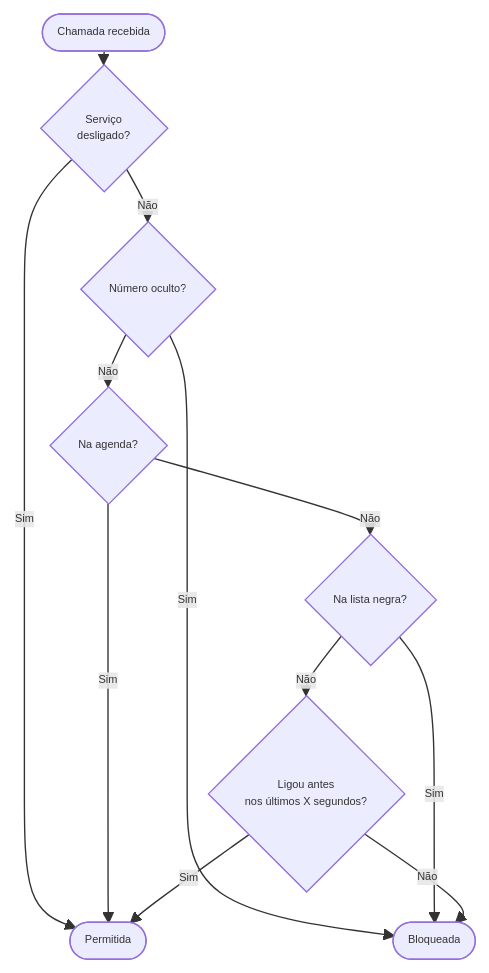
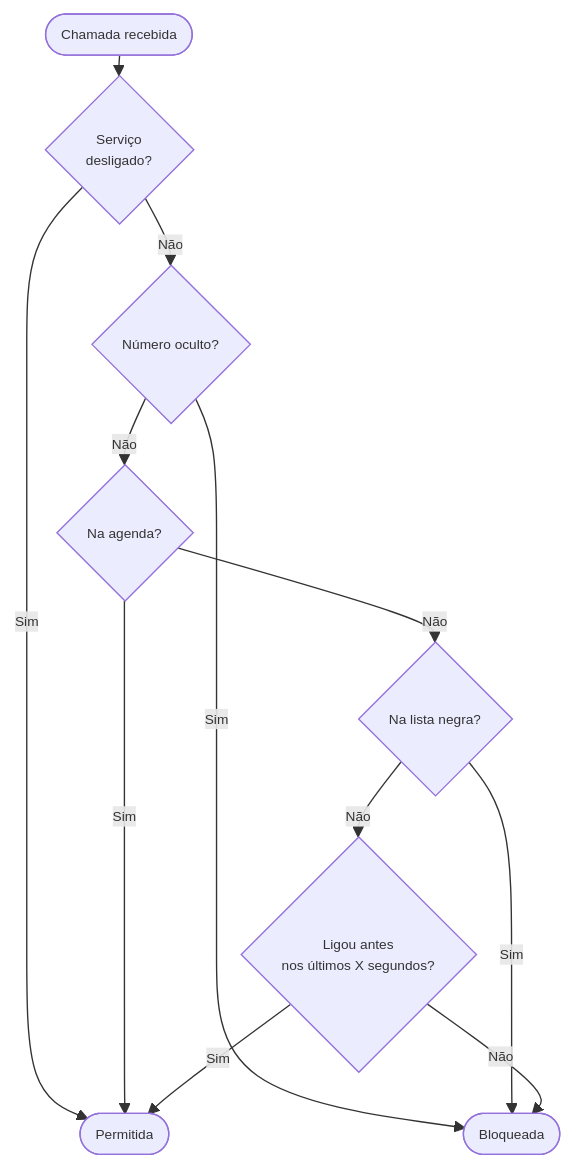
Before and after one commit to acdcmaia/call-guard: the diagram in README.md, drawn with Mermaid.

Commit message:
docs: adjust flowchart to 10px font and spacing 15

````diff
--- a/README.md
+++ b/README.md
@@ -7,15 +7,15 @@
 ```mermaid
-%%{init: {'flowchart': {'nodeSpacing': 10, 'rankSpacing': 10}, 'themeVariables': {'fontSize': '8px'}}}%%
+%%{init: {'flowchart': {'nodeSpacing': 15, 'rankSpacing': 15}, 'themeVariables': {'fontSize': '10px'}}}%%
 flowchart TD
     A([Chamada recebida]) --> OFF{Serviço\ndesligado?}
     OFF -- Sim --> E([Permitida])
     OFF -- Não --> P{Número oculto?}
     P -- Sim --> C([Bloqueada])
     P -- Não --> CK{Na agenda?}
     CK -- Sim --> E
     CK -- Não --> B{Na lista negra?}
     B -- Sim --> C
     B -- Não --> D{Ligou antes\nnos últimos X segundos?}
     D -- Não --> C
     D -- Sim --> E
 ```
````
